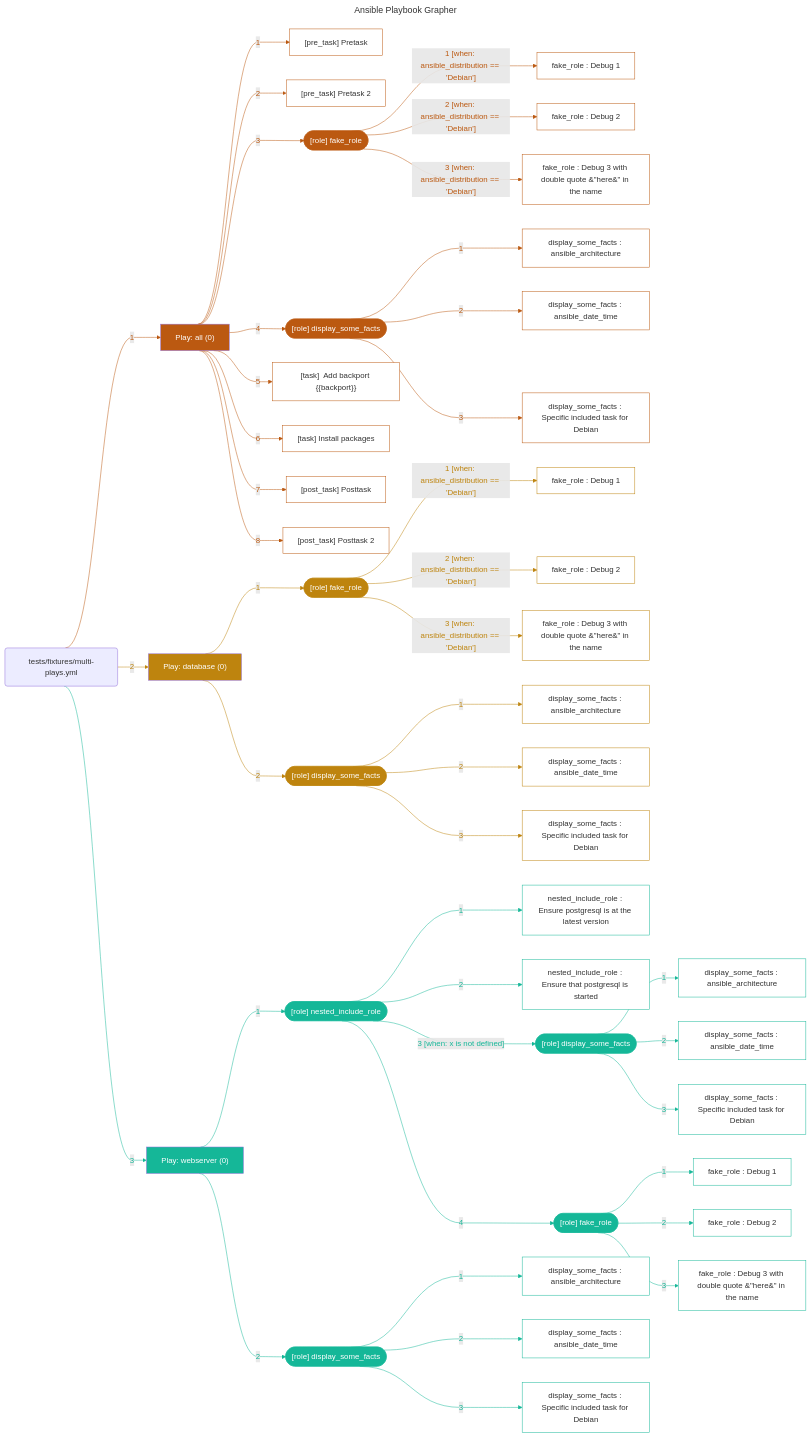
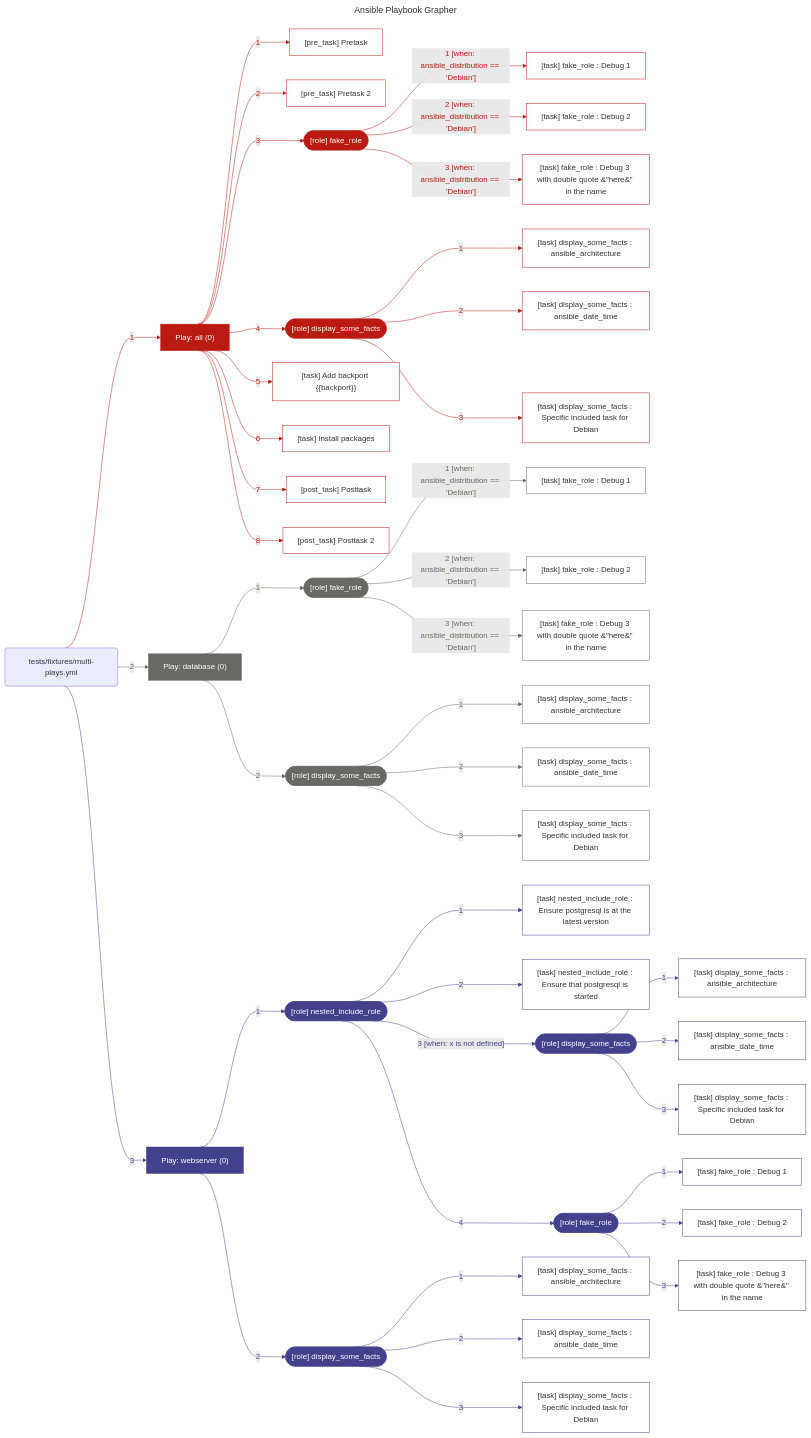
Before and after one commit to haidaraM/ansible-playbook-grapher: the diagram in README.md, drawn with Mermaid. The commit also changed other lines of this file and 3 other files, not shown here.

````diff
--- a/README.md
+++ b/README.md
@@ -118,190 +118,188 @@
 %%{ init: { "flowchart": { "curve": "bumpX" } } }%%
 flowchart LR
 	%% Start of the playbook 'tests/fixtures/multi-plays.yml'
-	playbook_d5b7b204("tests/fixtures/multi-plays.yml")
+	playbook_a27d9bec("tests/fixtures/multi-plays.yml")
 		%% Start of the play 'Play: all (0)'
-		play_8675d2cb["Play: all (0)"]
-		style play_8675d2cb fill:#bb5911,color:#ffffff
-		playbook_d5b7b204 --> |"1"| play_8675d2cb
-		linkStyle 0 stroke:#bb5911,color:#bb5911
-			pre_task_bf106fae["[pre_task]  Pretask"]
-			style pre_task_bf106fae stroke:#bb5911,fill:#ffffff
-			play_8675d2cb --> |"1"| pre_task_bf106fae
-			linkStyle 1 stroke:#bb5911,color:#bb5911
-			pre_task_af7f2dfe["[pre_task]  Pretask 2"]
-			style pre_task_af7f2dfe stroke:#bb5911,fill:#ffffff
-			play_8675d2cb --> |"2"| pre_task_af7f2dfe
-			linkStyle 2 stroke:#bb5911,color:#bb5911
-			%% Start of the role 'fake_role'
-			play_8675d2cb --> |"3"| role_4402808c
-			linkStyle 3 stroke:#bb5911,color:#bb5911
-			role_4402808c(["[role] fake_role"])
-			style role_4402808c fill:#bb5911,color:#ffffff,stroke:#bb5911
-				task_23c06dad[" fake_role : Debug 1"]
-				style task_23c06dad stroke:#bb5911,fill:#ffffff
-				role_4402808c --> |"1 [when: ansible_distribution == 'Debian']"| task_23c06dad
-				linkStyle 4 stroke:#bb5911,color:#bb5911
-				task_65fef46c[" fake_role : Debug 2"]
-				style task_65fef46c stroke:#bb5911,fill:#ffffff
-				role_4402808c --> |"2 [when: ansible_distribution == 'Debian']"| task_65fef46c
-				linkStyle 5 stroke:#bb5911,color:#bb5911
-				task_0a1590a1[" fake_role : Debug 3 with double quote &#34;here&#34; in the name"]
-				style task_0a1590a1 stroke:#bb5911,fill:#ffffff
-				role_4402808c --> |"3 [when: ansible_distribution == 'Debian']"| task_0a1590a1
-				linkStyle 6 stroke:#bb5911,color:#bb5911
-			%% End of the role 'fake_role'
-			%% Start of the role 'display_some_facts'
-			play_8675d2cb --> |"4"| role_32b5ac2f
-			linkStyle 7 stroke:#bb5911,color:#bb5911
-			role_32b5ac2f(["[role] display_some_facts"])
-			style role_32b5ac2f fill:#bb5911,color:#ffffff,stroke:#bb5911
-				task_71e941a2[" display_some_facts : ansible_architecture"]
-				style task_71e941a2 stroke:#bb5911,fill:#ffffff
-				role_32b5ac2f --> |"1"| task_71e941a2
-				linkStyle 8 stroke:#bb5911,color:#bb5911
-				task_9dce7b72[" display_some_facts : ansible_date_time"]
-				style task_9dce7b72 stroke:#bb5911,fill:#ffffff
-				role_32b5ac2f --> |"2"| task_9dce7b72
-				linkStyle 9 stroke:#bb5911,color:#bb5911
-				task_0ce82ea4[" display_some_facts : Specific included task for Debian"]
-				style task_0ce82ea4 stroke:#bb5911,fill:#ffffff
-				role_32b5ac2f --> |"3"| task_0ce82ea4
-				linkStyle 10 stroke:#bb5911,color:#bb5911
-			%% End of the role 'display_some_facts'
-			task_d6e309de["[task]  Add backport {{backport}}"]
-			style task_d6e309de stroke:#bb5911,fill:#ffffff
-			play_8675d2cb --> |"5"| task_d6e309de
-			linkStyle 11 stroke:#bb5911,color:#bb5911
-			task_1ae0e734["[task]  Install packages"]
-			style task_1ae0e734 stroke:#bb5911,fill:#ffffff
-			play_8675d2cb --> |"6"| task_1ae0e734
-			linkStyle 12 stroke:#bb5911,color:#bb5911
-			post_task_d322ca69["[post_task]  Posttask"]
-			style post_task_d322ca69 stroke:#bb5911,fill:#ffffff
-			play_8675d2cb --> |"7"| post_task_d322ca69
-			linkStyle 13 stroke:#bb5911,color:#bb5911
-			post_task_38ae6bb3["[post_task]  Posttask 2"]
-			style post_task_38ae6bb3 stroke:#bb5911,fill:#ffffff
-			play_8675d2cb --> |"8"| post_task_38ae6bb3
-			linkStyle 14 stroke:#bb5911,color:#bb5911
+		play_d6dd122d["Play: all (0)"]
+		style play_d6dd122d stroke:#ba1a12,fill:#ba1a12,color:#ffffff
+		playbook_a27d9bec --> |"1"| play_d6dd122d
+		linkStyle 0 stroke:#ba1a12,color:#ba1a12
+			pre_task_676cdcb1["[pre_task] Pretask"]
+			style pre_task_676cdcb1 stroke:#ba1a12,fill:#ffffff
+			play_d6dd122d --> |"1"| pre_task_676cdcb1
+			linkStyle 1 stroke:#ba1a12,color:#ba1a12
+			pre_task_44476583["[pre_task] Pretask 2"]
+			style pre_task_44476583 stroke:#ba1a12,fill:#ffffff
+			play_d6dd122d --> |"2"| pre_task_44476583
+			linkStyle 2 stroke:#ba1a12,color:#ba1a12
+			%% Start of the role '[role] fake_role'
+			play_d6dd122d --> |"3"| role_f0c07194
+			linkStyle 3 stroke:#ba1a12,color:#ba1a12
+			role_f0c07194(["[role] fake_role"])
+			style role_f0c07194 fill:#ba1a12,color:#ffffff,stroke:#ba1a12
+				task_90876ffc["[task] fake_role : Debug 1"]
+				style task_90876ffc stroke:#ba1a12,fill:#ffffff
+				role_f0c07194 --> |"1 [when: ansible_distribution == 'Debian']"| task_90876ffc
+				linkStyle 4 stroke:#ba1a12,color:#ba1a12
+				task_bb701882["[task] fake_role : Debug 2"]
+				style task_bb701882 stroke:#ba1a12,fill:#ffffff
+				role_f0c07194 --> |"2 [when: ansible_distribution == 'Debian']"| task_bb701882
+				linkStyle 5 stroke:#ba1a12,color:#ba1a12
+				task_c00c5d61["[task] fake_role : Debug 3 with double quote &#34;here&#34; in the name"]
+				style task_c00c5d61 stroke:#ba1a12,fill:#ffffff
+				role_f0c07194 --> |"3 [when: ansible_distribution == 'Debian']"| task_c00c5d61
+				linkStyle 6 stroke:#ba1a12,color:#ba1a12
+			%% End of the role '[role] fake_role'
+			%% Start of the role '[role] display_some_facts'
+			play_d6dd122d --> |"4"| role_a168caef
+			linkStyle 7 stroke:#ba1a12,color:#ba1a12
+			role_a168caef(["[role] display_some_facts"])
+			style role_a168caef fill:#ba1a12,color:#ffffff,stroke:#ba1a12
+				task_737e2be9["[task] display_some_facts : ansible_architecture"]
+				style task_737e2be9 stroke:#ba1a12,fill:#ffffff
+				role_a168caef --> |"1"| task_737e2be9
+				linkStyle 8 stroke:#ba1a12,color:#ba1a12
+				task_61bbb3fb["[task] display_some_facts : ansible_date_time"]
+				style task_61bbb3fb stroke:#ba1a12,fill:#ffffff
+				role_a168caef --> |"2"| task_61bbb3fb
+				linkStyle 9 stroke:#ba1a12,color:#ba1a12
+				task_3b7308dc["[task] display_some_facts : Specific included task for Debian"]
+				style task_3b7308dc stroke:#ba1a12,fill:#ffffff
+				role_a168caef --> |"3"| task_3b7308dc
+				linkStyle 10 stroke:#ba1a12,color:#ba1a12
+			%% End of the role '[role] display_some_facts'
+			task_c8b76065["[task] Add backport {{backport}}"]
+			style task_c8b76065 stroke:#ba1a12,fill:#ffffff
+			play_d6dd122d --> |"5"| task_c8b76065
+			linkStyle 11 stroke:#ba1a12,color:#ba1a12
+			task_f7cebcbb["[task] Install packages"]
+			style task_f7cebcbb stroke:#ba1a12,fill:#ffffff
+			play_d6dd122d --> |"6"| task_f7cebcbb
+			linkStyle 12 stroke:#ba1a12,color:#ba1a12
+			post_task_caafa665["[post_task] Posttask"]
+			style post_task_caafa665 stroke:#ba1a12,fill:#ffffff
+			play_d6dd122d --> |"7"| post_task_caafa665
+			linkStyle 13 stroke:#ba1a12,color:#ba1a12
+			post_task_b5ade468["[post_task] Posttask 2"]
+			style post_task_b5ade468 stroke:#ba1a12,fill:#ffffff
+			play_d6dd122d --> |"8"| post_task_b5ade468
+			linkStyle 14 stroke:#ba1a12,color:#ba1a12
 		%% End of the play 'Play: all (0)'
 		%% Start of the play 'Play: database (0)'
-		play_a824267c["Play: database (0)"]
-		style play_a824267c fill:#be840e,color:#ffffff
-		playbook_d5b7b204 --> |"2"| play_a824267c
-		linkStyle 15 stroke:#be840e,color:#be840e
-			%% Start of the role 'fake_role'
-			play_a824267c --> |"1"| role_bdfbf3fb
-			linkStyle 16 stroke:#be840e,color:#be840e
-			role_bdfbf3fb(["[role] fake_role"])
-			style role_bdfbf3fb fill:#be840e,color:#ffffff,stroke:#be840e
-				task_cfc785a5[" fake_role : Debug 1"]
-				style task_cfc785a5 stroke:#be840e,fill:#ffffff
-				role_bdfbf3fb --> |"1 [when: ansible_distribution == 'Debian']"| task_cfc785a5
-				linkStyle 17 stroke:#be840e,color:#be840e
-				task_c0770f6a[" fake_role : Debug 2"]
-				style task_c0770f6a stroke:#be840e,fill:#ffffff
-				role_bdfbf3fb --> |"2 [when: ansible_distribution == 'Debian']"| task_c0770f6a
-				linkStyle 18 stroke:#be840e,color:#be840e
-				task_97973229[" fake_role : Debug 3 with double quote &#34;here&#34; in the name"]
-				style task_97973229 stroke:#be840e,fill:#ffffff
-				role_bdfbf3fb --> |"3 [when: ansible_distribution == 'Debian']"| task_97973229
-				linkStyle 19 stroke:#be840e,color:#be840e
-			%% End of the role 'fake_role'
-			%% Start of the role 'display_some_facts'
-			play_a824267c --> |"2"| role_e98b6ecb
-			linkStyle 20 stroke:#be840e,color:#be840e
-			role_e98b6ecb(["[role] display_some_facts"])
-			style role_e98b6ecb fill:#be840e,color:#ffffff,stroke:#be840e
-				task_cf84ebb9[" display_some_facts : ansible_architecture"]
-				style task_cf84ebb9 stroke:#be840e,fill:#ffffff
-				role_e98b6ecb --> |"1"| task_cf84ebb9
-				linkStyle 21 stroke:#be840e,color:#be840e
-				task_297330d7[" display_some_facts : ansible_date_time"]
-				style task_297330d7 stroke:#be840e,fill:#ffffff
-				role_e98b6ecb --> |"2"| task_297330d7
-				linkStyle 22 stroke:#be840e,color:#be840e
-				task_7588f2aa[" display_some_facts : Specific included task for Debian"]
-				style task_7588f2aa stroke:#be840e,fill:#ffffff
-				role_e98b6ecb --> |"3"| task_7588f2aa
-				linkStyle 23 stroke:#be840e,color:#be840e
-			%% End of the role 'display_some_facts'
+		play_d780677e["Play: database (0)"]
+		style play_d780677e stroke:#686864,fill:#686864,color:#ffffff
+		playbook_a27d9bec --> |"2"| play_d780677e
+		linkStyle 15 stroke:#686864,color:#686864
+			%% Start of the role '[role] fake_role'
+			play_d780677e --> |"1"| role_1e6bf323
+			linkStyle 16 stroke:#686864,color:#686864
+			role_1e6bf323(["[role] fake_role"])
+			style role_1e6bf323 fill:#686864,color:#ffffff,stroke:#686864
+				task_3cb17d25["[task] fake_role : Debug 1"]
+				style task_3cb17d25 stroke:#686864,fill:#ffffff
+				role_1e6bf323 --> |"1 [when: ansible_distribution == 'Debian']"| task_3cb17d25
+				linkStyle 17 stroke:#686864,color:#686864
+				task_1f6232f4["[task] fake_role : Debug 2"]
+				style task_1f6232f4 stroke:#686864,fill:#ffffff
+				role_1e6bf323 --> |"2 [when: ansible_distribution == 'Debian']"| task_1f6232f4
+				linkStyle 18 stroke:#686864,color:#686864
+				task_0361ffa3["[task] fake_role : Debug 3 with double quote &#34;here&#34; in the name"]
+				style task_0361ffa3 stroke:#686864,fill:#ffffff
+				role_1e6bf323 --> |"3 [when: ansible_distribution == 'Debian']"| task_0361ffa3
+				linkStyle 19 stroke:#686864,color:#686864
+			%% End of the role '[role] fake_role'
+			%% Start of the role '[role] display_some_facts'
+			play_d780677e --> |"2"| role_a8b4b712
+			linkStyle 20 stroke:#686864,color:#686864
+			role_a8b4b712(["[role] display_some_facts"])
+			style role_a8b4b712 fill:#686864,color:#ffffff,stroke:#686864
+				task_c1d17653["[task] display_some_facts : ansible_architecture"]
+				style task_c1d17653 stroke:#686864,fill:#ffffff
+				role_a8b4b712 --> |"1"| task_c1d17653
+				linkStyle 21 stroke:#686864,color:#686864
+				task_8353a2ef["[task] display_some_facts : ansible_date_time"]
+				style task_8353a2ef stroke:#686864,fill:#ffffff
+				role_a8b4b712 --> |"2"| task_8353a2ef
+				linkStyle 22 stroke:#686864,color:#686864
+				task_d8141ffa["[task] display_some_facts : Specific included task for Debian"]
+				style task_d8141ffa stroke:#686864,fill:#ffffff
+				role_a8b4b712 --> |"3"| task_d8141ffa
+				linkStyle 23 stroke:#686864,color:#686864
+			%% End of the role '[role] display_some_facts'
 		%% End of the play 'Play: database (0)'
 		%% Start of the play 'Play: webserver (0)'
-		play_f55f065e["Play: webserver (0)"]
-		style play_f55f065e fill:#15b798,color:#ffffff
-		playbook_d5b7b204 --> |"3"| play_f55f065e
-		linkStyle 24 stroke:#15b798,color:#15b798
-			%% Start of the role 'nested_include_role'
-			play_f55f065e --> |"1"| role_14a2f4f8
-			linkStyle 25 stroke:#15b798,color:#15b798
-			role_14a2f4f8(["[role] nested_include_role"])
-			style role_14a2f4f8 fill:#15b798,color:#ffffff,stroke:#15b798
-				task_091dd98d[" nested_include_role : Ensure postgresql is at the latest version"]
-				style task_091dd98d stroke:#15b798,fill:#ffffff
-				role_14a2f4f8 --> |"1"| task_091dd98d
-				linkStyle 26 stroke:#15b798,color:#15b798
-				task_344d9468[" nested_include_role : Ensure that postgresql is started"]
-				style task_344d9468 stroke:#15b798,fill:#ffffff
-				role_14a2f4f8 --> |"2"| task_344d9468
-				linkStyle 27 stroke:#15b798,color:#15b798
-				%% Start of the role 'display_some_facts'
-				role_14a2f4f8 --> |"3 [when: x is not defined]"| role_63f4df20
-				linkStyle 28 stroke:#15b798,color:#15b798
-				role_63f4df20(["[role] display_some_facts"])
-				style role_63f4df20 fill:#15b798,color:#ffffff,stroke:#15b798
-					task_317db5e6[" display_some_facts : ansible_architecture"]
-					style task_317db5e6 stroke:#15b798,fill:#ffffff
-					role_63f4df20 --> |"1"| task_317db5e6
-					linkStyle 29 stroke:#15b798,color:#15b798
-					task_69e11af2[" display_some_facts : ansible_date_time"]
-					style task_69e11af2 stroke:#15b798,fill:#ffffff
-					role_63f4df20 --> |"2"| task_69e11af2
-					linkStyle 30 stroke:#15b798,color:#15b798
-					task_2ff7dd92[" display_some_facts : Specific included task for Debian"]
-					style task_2ff7dd92 stroke:#15b798,fill:#ffffff
-					role_63f4df20 --> |"3"| task_2ff7dd92
-					linkStyle 31 stroke:#15b798,color:#15b798
-				%% End of the role 'display_some_facts'
-				%% Start of the role 'fake_role'
-				role_14a2f4f8 --> |"4"| role_4e9fc5c1
-				linkStyle 32 stroke:#15b798,color:#15b798
-				role_4e9fc5c1(["[role] fake_role"])
-				style role_4e9fc5c1 fill:#15b798,color:#ffffff,stroke:#15b798
-					task_7ecbc842[" fake_role : Debug 1"]
-					style task_7ecbc842 stroke:#15b798,fill:#ffffff
-					role_4e9fc5c1 --> |"1"| task_7ecbc842
-					linkStyle 33 stroke:#15b798,color:#15b798
-					task_4207343a[" fake_role : Debug 2"]
-					style task_4207343a stroke:#15b798,fill:#ffffff
-					role_4e9fc5c1 --> |"2"| task_4207343a
-					linkStyle 34 stroke:#15b798,color:#15b798
-					task_8e980b40[" fake_role : Debug 3 with double quote &#34;here&#34; in the name"]
-					style task_8e980b40 stroke:#15b798,fill:#ffffff
-					role_4e9fc5c1 --> |"3"| task_8e980b40
-					linkStyle 35 stroke:#15b798,color:#15b798
-				%% End of the role 'fake_role'
-			%% End of the role 'nested_include_role'
-			%% Start of the role 'display_some_facts'
-			play_f55f065e --> |"2"| role_cd38738f
-			linkStyle 36 stroke:#15b798,color:#15b798
-			role_cd38738f(["[role] display_some_facts"])
-			style role_cd38738f fill:#15b798,color:#ffffff,stroke:#15b798
-				task_67fbb657[" display_some_facts : ansible_architecture"]
-				style task_67fbb657 stroke:#15b798,fill:#ffffff
-				role_cd38738f --> |"1"| task_67fbb657
-				linkStyle 37 stroke:#15b798,color:#15b798
-				task_ea07b561[" display_some_facts : ansible_date_time"]
-				style task_ea07b561 stroke:#15b798,fill:#ffffff
-				role_cd38738f --> |"2"| task_ea07b561
-				linkStyle 38 stroke:#15b798,color:#15b798
-				task_901f2d17[" display_some_facts : Specific included task for Debian"]
-				style task_901f2d17 stroke:#15b798,fill:#ffffff
-				role_cd38738f --> |"3"| task_901f2d17
-				linkStyle 39 stroke:#15b798,color:#15b798
-			%% End of the role 'display_some_facts'
+		play_4d3ee472["Play: webserver (0)"]
+		style play_4d3ee472 stroke:#43418b,fill:#43418b,color:#ffffff
+		playbook_a27d9bec --> |"3"| play_4d3ee472
+		linkStyle 24 stroke:#43418b,color:#43418b
+			%% Start of the role '[role] nested_include_role'
+			play_4d3ee472 --> |"1"| role_f611e648
+			linkStyle 25 stroke:#43418b,color:#43418b
+			role_f611e648(["[role] nested_include_role"])
+			style role_f611e648 fill:#43418b,color:#ffffff,stroke:#43418b
+				task_8d2e4414["[task] nested_include_role : Ensure postgresql is at the latest version"]
+				style task_8d2e4414 stroke:#43418b,fill:#ffffff
+				role_f611e648 --> |"1"| task_8d2e4414
+				linkStyle 26 stroke:#43418b,color:#43418b
+				task_d1bc52f0["[task] nested_include_role : Ensure that postgresql is started"]
+				style task_d1bc52f0 stroke:#43418b,fill:#ffffff
+				role_f611e648 --> |"2"| task_d1bc52f0
+				linkStyle 27 stroke:#43418b,color:#43418b
+				%% Start of the role '[role] display_some_facts'
+				role_f611e648 --> |"3 [when: x is not defined]"| role_39ad2981
+				linkStyle 28 stroke:#43418b,color:#43418b
+				role_39ad2981(["[role] display_some_facts"])
+				style role_39ad2981 fill:#43418b,color:#ffffff,stroke:#43418b
+					task_110062e7["[task] display_some_facts : ansible_architecture"]
+					style task_110062e7 stroke:#43418b,fill:#ffffff
+					role_39ad2981 --> |"1"| task_110062e7
+					linkStyle 29 stroke:#43418b,color:#43418b
+					task_05309d40["[task] display_some_facts : ansible_date_time"]
+					style task_05309d40 stroke:#43418b,fill:#ffffff
+					role_39ad2981 --> |"2"| task_05309d40
+					linkStyle 30 stroke:#43418b,color:#43418b
+					task_d8106118["[task] display_some_facts : Specific included task for Debian"]
+					style task_d8106118 stroke:#43418b,fill:#ffffff
+					role_39ad2981 --> |"3"| task_d8106118
+					linkStyle 31 stroke:#43418b,color:#43418b
+				%% End of the role '[role] display_some_facts'
+				%% Start of the role '[role] fake_role'
+				role_f611e648 --> |"4"| role_60085133
+				linkStyle 32 stroke:#43418b,color:#43418b
+				role_60085133(["[role] fake_role"])
+				style role_60085133 fill:#43418b,color:#ffffff,stroke:#43418b
+					task_aa202401["[task] fake_role : Debug 1"]
+					style task_aa202401 stroke:#43418b,fill:#ffffff
+					role_60085133 --> |"1"| task_aa202401
+					linkStyle 33 stroke:#43418b,color:#43418b
+					task_bb8335d6["[task] fake_role : Debug 2"]
+					style task_bb8335d6 stroke:#43418b,fill:#ffffff
+					role_60085133 --> |"2"| task_bb8335d6
+					linkStyle 34 stroke:#43418b,color:#43418b
+					task_7e0c8ed3["[task] fake_role : Debug 3 with double quote &#34;here&#34; in the name"]
+					style task_7e0c8ed3 stroke:#43418b,fill:#ffffff
+					role_60085133 --> |"3"| task_7e0c8ed3
+					linkStyle 35 stroke:#43418b,color:#43418b
+				%% End of the role '[role] fake_role'
+			%% End of the role '[role] nested_include_role'
+			%% Start of the role '[role] display_some_facts'
+			play_4d3ee472 --> |"2"| role_ff23a4e9
+			linkStyle 36 stroke:#43418b,color:#43418b
+			role_ff23a4e9(["[role] display_some_facts"])
+			style role_ff23a4e9 fill:#43418b,color:#ffffff,stroke:#43418b
+				task_8fc8f4bc["[task] display_some_facts : ansible_architecture"]
+				style task_8fc8f4bc stroke:#43418b,fill:#ffffff
+				role_ff23a4e9 --> |"1"| task_8fc8f4bc
+				linkStyle 37 stroke:#43418b,color:#43418b
+				task_6a9bc407["[task] display_some_facts : ansible_date_time"]
+				style task_6a9bc407 stroke:#43418b,fill:#ffffff
+				role_ff23a4e9 --> |"2"| task_6a9bc407
+				linkStyle 38 stroke:#43418b,color:#43418b
+				task_b6121d94["[task] display_some_facts : Specific included task for Debian"]
+				style task_b6121d94 stroke:#43418b,fill:#ffffff
+				role_ff23a4e9 --> |"3"| task_b6121d94
+				linkStyle 39 stroke:#43418b,color:#43418b
+			%% End of the role '[role] display_some_facts'
 		%% End of the play 'Play: webserver (0)'
 	%% End of the playbook 'tests/fixtures/multi-plays.yml'
-
-
 ```
````
